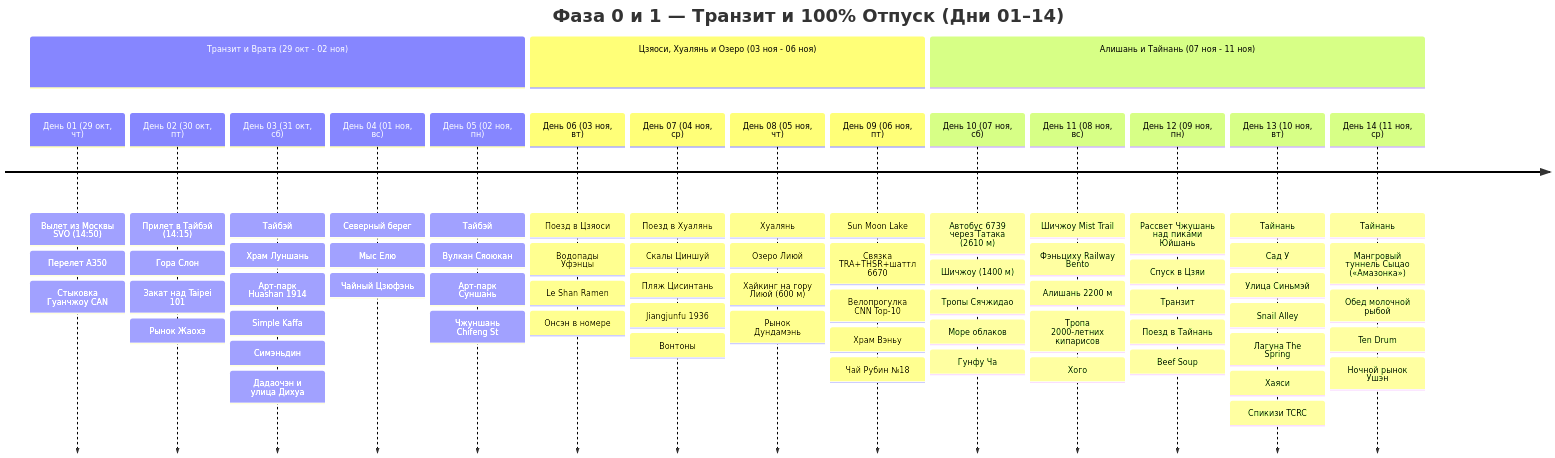
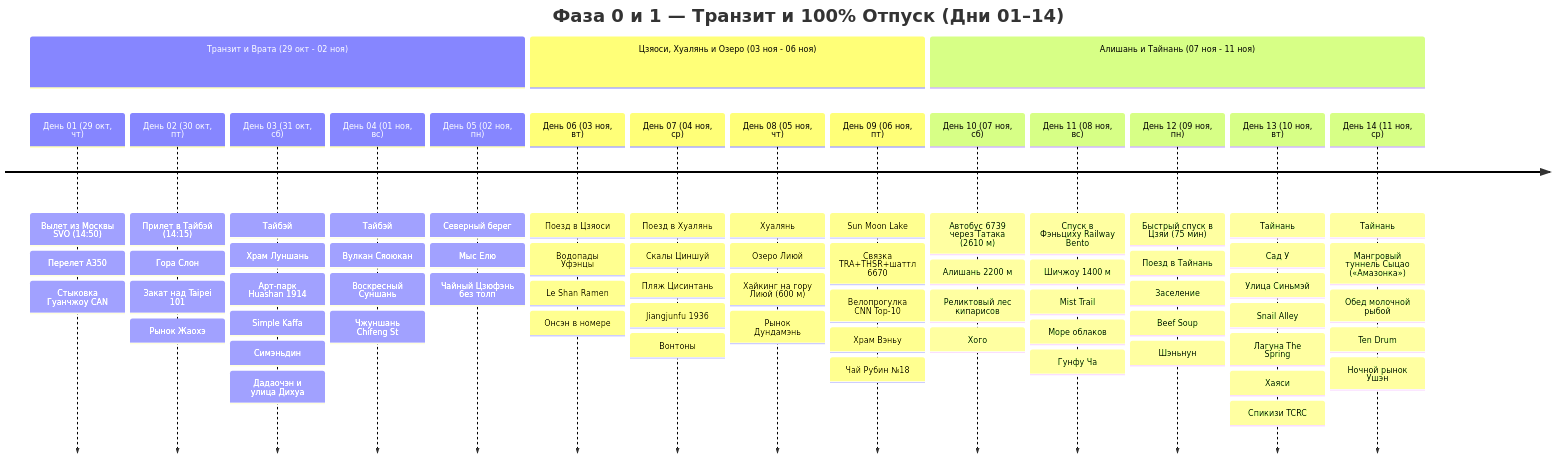
One commit to injurka/obsidian-mark changed the first of 2 diagrams in Personal Note/Travel/-- Taiwan/Taiwan.md. Above: the diagram before and after it, drawn with Mermaid. The commit also changed other lines of this file and 60 other files, not shown here.

````diff
--- a/Personal Note/Travel/-- Taiwan/Taiwan.md
+++ b/Personal Note/Travel/-- Taiwan/Taiwan.md
@@ -26,21 +26,21 @@
 ```mermaid
 timeline
     title Фаза 0 и 1 — Транзит и 100% Отпуск (Дни 01–14)
     section Транзит и Врата (29 окт - 02 ноя)
         День 01 (29 окт, чт) : Вылет из Москвы SVO (14:50) : Перелет A350 : Стыковка Гуанчжоу CAN
         День 02 (30 окт, пт) : Прилет в Тайбэй (14:15) : Гора Слон : Закат над Taipei 101 : Рынок Жаохэ
         День 03 (31 окт, сб) : Тайбэй : Храм Луншань : Арт-парк Huashan 1914 : Simple Kaffa : Симэньдин : Дадаочэн и улица Дихуа
-        День 04 (01 ноя, вс) : Северный берег : Мыс Елю : Чайный Цзюфэнь
-        День 05 (02 ноя, пн) : Тайбэй : Вулкан Сяоюкан : Арт-парк Суншань : Чжуншань Chifeng St
+        День 04 (01 ноя, вс) : Тайбэй : Вулкан Сяоюкан : Воскресный Суншань : Чжуншань Chifeng St
+        День 05 (02 ноя, пн) : Северный берег : Мыс Елю : Чайный Цзюфэнь без толп
     section Цзяоси, Хуалянь и Озеро (03 ноя - 06 ноя)
         День 06 (03 ноя, вт) : Поезд в Цзяоси : Водопады Уфэнцы : Le Shan Ramen : Онсэн в номере
         День 07 (04 ноя, ср) : Поезд в Хуалянь : Скалы Циншуй : Пляж Цисинтань : Jiangjunfu 1936 : Вонтоны
         День 08 (05 ноя, чт) : Хуалянь : Озеро Лиюй : Хайкинг на гору Лиюй (600 м) : Рынок Дундамэнь
         День 09 (06 ноя, пт) : Sun Moon Lake : Связка TRA+THSR+шаттл 6670 : Велопрогулка CNN Top-10 : Храм Вэньу : Чай Рубин №18
     section Алишань и Тайнань (07 ноя - 11 ноя)
-        День 10 (07 ноя, сб) : Автобус 6739 через Татака (2610 м) : Шичжоу (1400 м) : Тропы Сячжидао : Море облаков : Гунфу Ча
-        День 11 (08 ноя, вс) : Шичжоу Mist Trail : Фэньциху Railway Bento : Алишань 2200 м : Тропа 2000-летних кипарисов : Хого
-        День 12 (09 ноя, пн) : Рассвет Чжушань над пиками Юйшань : Спуск в Цзяи : Транзит : Поезд в Тайнань : Beef Soup
+        День 10 (07 ноя, сб) : Автобус 6739 через Татака (2610 м) : Алишань 2200 м : Реликтовый лес кипарисов : Хого
+        День 11 (08 ноя, вс) : Спуск в Фэньциху Railway Bento : Шичжоу 1400 м : Mist Trail : Море облаков : Гунфу Ча
+        День 12 (09 ноя, пн) : Быстрый спуск в Цзяи (75 мин) : Поезд в Тайнань : Заселение : Beef Soup : Шэньнун
         День 13 (10 ноя, вт) : Тайнань : Сад У : Улица Синьмэй : Snail Alley : Лагуна The Spring : Хаяси : Спикизи TCRC
         День 14 (11 ноя, ср) : Тайнань : Мангровый туннель Сыцао («Амазонка») : Обед молочной рыбой : Ten Drum : Ночной рынок Ушэн
 ```
````
